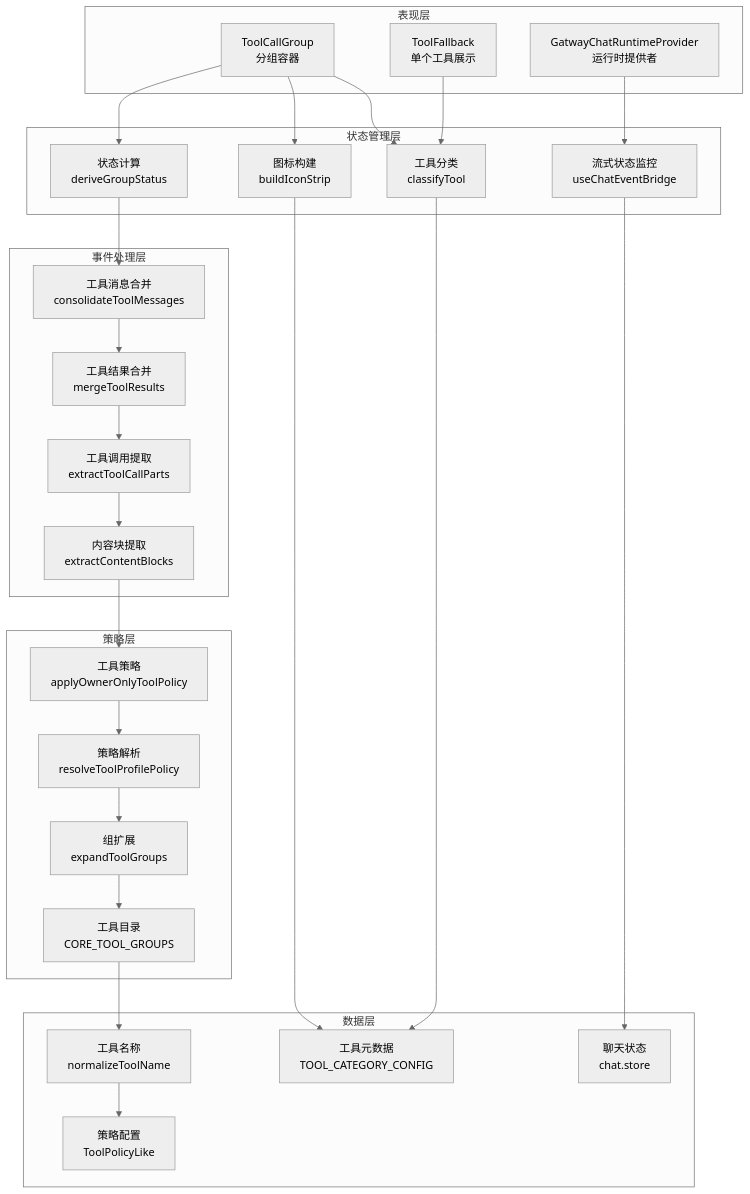
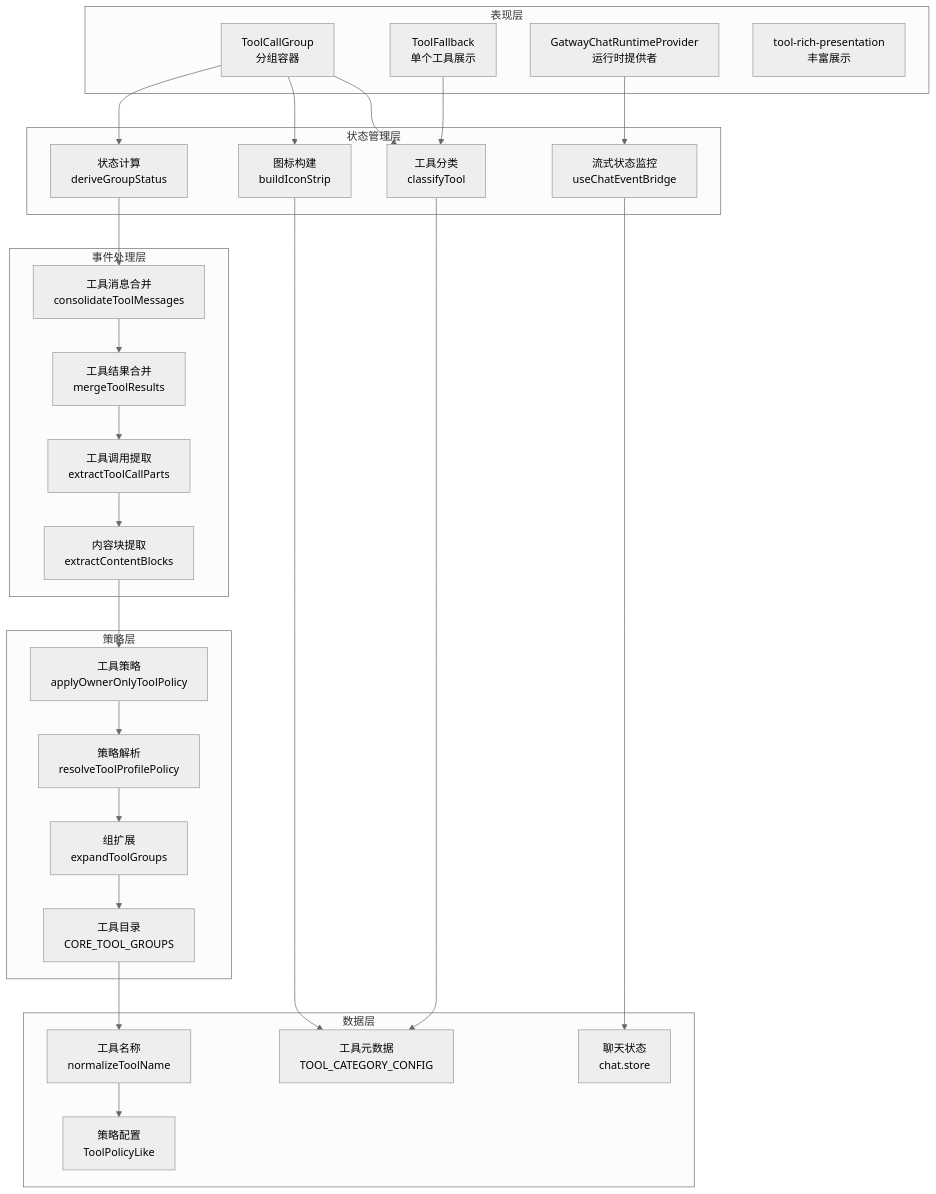
One commit to verse-ai-org/openclaw changed the second of 10 diagrams in .qoder/repowiki/zh/content/Web界面/UI组件系统/工具调用分组组件.md. Above: the diagram before and after it, drawn with Mermaid (neutral theme). The commit also changed other lines of this file and 55 other files, not shown here.

Commit message:
feat(chat-tool): chat-tool渲染问题修复；优化tool展示；

````diff
--- a/.qoder/repowiki/zh/content/Web界面/UI组件系统/工具调用分组组件.md
+++ b/.qoder/repowiki/zh/content/Web界面/UI组件系统/工具调用分组组件.md
@@ -131,50 +148,51 @@
 ```mermaid
 graph TD
 subgraph "表现层"
 A[ToolCallGroup<br/>分组容器]
 B[ToolFallback<br/>单个工具展示]
 C[GatwayChatRuntimeProvider<br/>运行时提供者]
+D[tool-rich-presentation<br/>丰富展示]
 end
 subgraph "状态管理层"
-D[状态计算<br/>deriveGroupStatus]
-E[图标构建<br/>buildIconStrip]
-F[工具分类<br/>classifyTool]
-G[流式状态监控<br/>useChatEventBridge]
+E[状态计算<br/>deriveGroupStatus]
+F[图标构建<br/>buildIconStrip]
+G[工具分类<br/>classifyTool]
+H[流式状态监控<br/>useChatEventBridge]
 end
 subgraph "事件处理层"
-H[工具消息合并<br/>consolidateToolMessages]
-I[工具结果合并<br/>mergeToolResults]
-J[工具调用提取<br/>extractToolCallParts]
-K[内容块提取<br/>extractContentBlocks]
+I[工具消息合并<br/>consolidateToolMessages]
+J[工具结果合并<br/>mergeToolResults]
+K[工具调用提取<br/>extractToolCallParts]
+L[内容块提取<br/>extractContentBlocks]
 end
 subgraph "策略层"
-L[工具策略<br/>applyOwnerOnlyToolPolicy]
-M[策略解析<br/>resolveToolProfilePolicy]
-N[组扩展<br/>expandToolGroups]
-O[工具目录<br/>CORE_TOOL_GROUPS]
+M[工具策略<br/>applyOwnerOnlyToolPolicy]
+N[策略解析<br/>resolveToolProfilePolicy]
+O[组扩展<br/>expandToolGroups]
+P[工具目录<br/>CORE_TOOL_GROUPS]
 end
 subgraph "数据层"
-P[工具元数据<br/>TOOL_CATEGORY_CONFIG]
-Q[工具名称<br/>normalizeToolName]
-R[策略配置<br/>ToolPolicyLike]
-S[聊天状态<br/>chat.store]
+Q[工具元数据<br/>TOOL_CATEGORY_CONFIG]
+R[工具名称<br/>normalizeToolName]
+S[策略配置<br/>ToolPolicyLike]
+T[聊天状态<br/>chat.store]
 end
-A --> D
 A --> E
 A --> F
-B --> F
-C --> G
-D --> H
-E --> P
-F --> P
-H --> I
+A --> G
+B --> G
+C --> H
+E --> I
+F --> Q
+G --> Q
 I --> J
 J --> K
 K --> L
 L --> M
 M --> N
 N --> O
-O --> Q
-Q --> R
-G --> S
+O --> P
+P --> R
+R --> S
+H --> T
 ```
````
